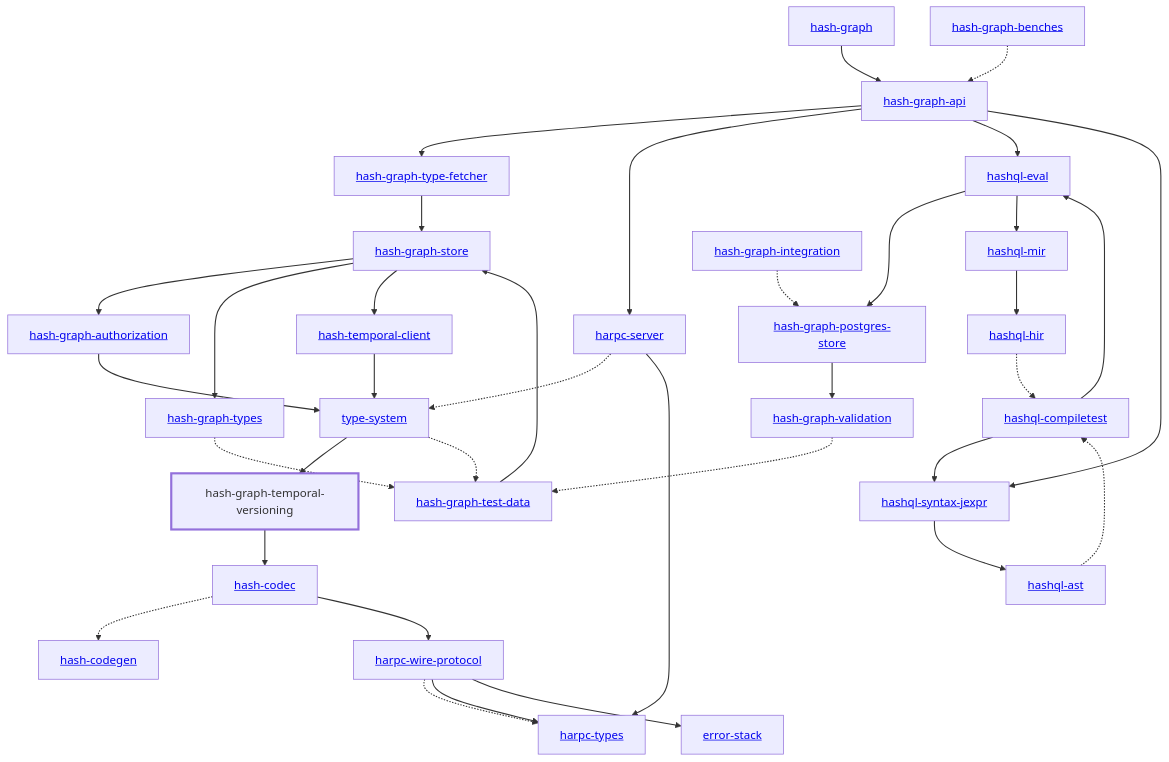
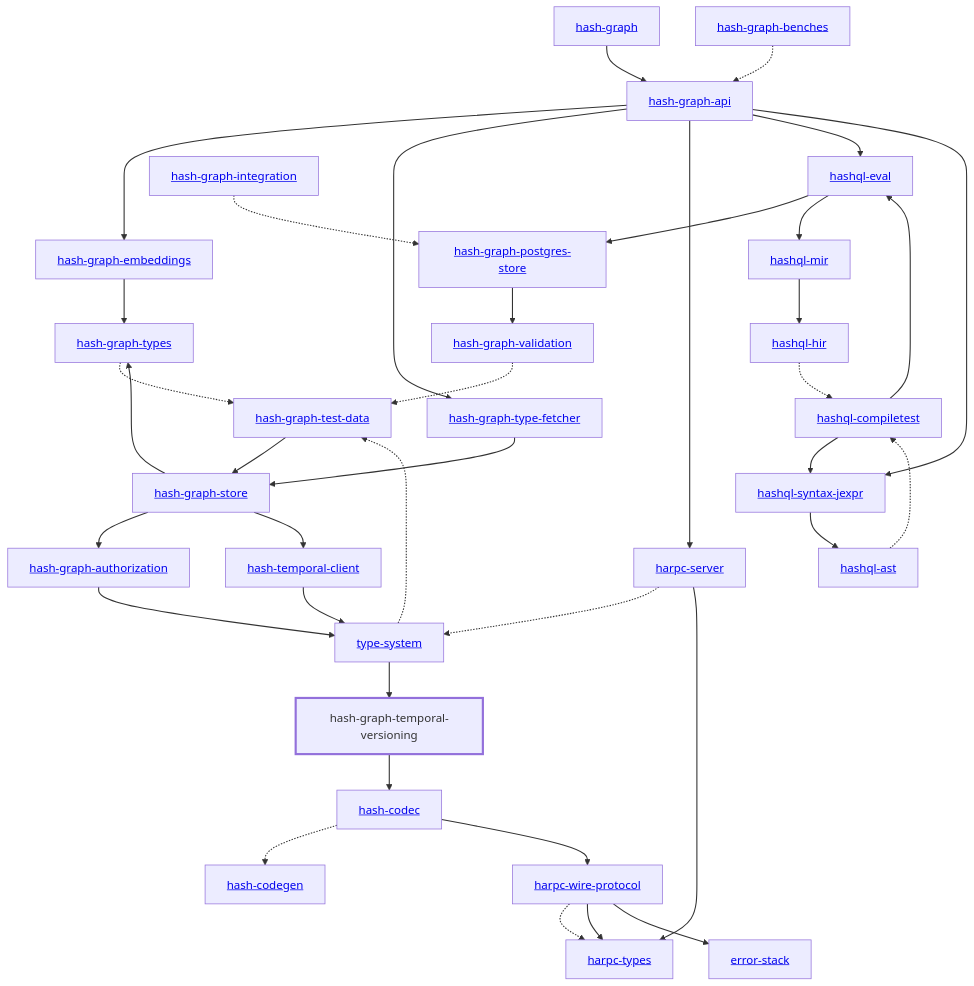
One commit to hashintel/hash changed the diagram in libs/@local/graph/temporal-versioning/docs/dependency-diagram.mmd. Above: the diagram before and after it, drawn with Mermaid. The commit also changed 16 other files, not shown here.

Commit message:
BE-622: Update dependency diagrams

```diff
--- a/libs/@local/graph/temporal-versioning/docs/dependency-diagram.mmd
+++ b/libs/@local/graph/temporal-versioning/docs/dependency-diagram.mmd
@@ -1,72 +1,75 @@
 graph TD
     linkStyle default stroke-width:1.5px
     classDef default stroke-width:1px
     classDef root stroke-width:3px
     classDef dev stroke-width:1px
     classDef build stroke-width:1px
     %% Legend
     %% --> : Normal dependency
     %% -.-> : Dev dependency
     %% ---> : Build dependency
     0[<a href="../hash_graph/index.html">hash-graph</a>]
     1[<a href="../type_system/index.html">type-system</a>]
     2[<a href="../hash_codec/index.html">hash-codec</a>]
     3[<a href="../hash_codegen/index.html">hash-codegen</a>]
     4[<a href="../hash_graph_api/index.html">hash-graph-api</a>]
     5[<a href="../hash_graph_authorization/index.html">hash-graph-authorization</a>]
-    6[<a href="../hash_graph_postgres_store/index.html">hash-graph-postgres-store</a>]
-    7[<a href="../hash_graph_store/index.html">hash-graph-store</a>]
-    8[hash-graph-temporal-versioning]
-    class 8 root
-    9[<a href="../hash_graph_type_fetcher/index.html">hash-graph-type-fetcher</a>]
-    10[<a href="../hash_graph_types/index.html">hash-graph-types</a>]
-    11[<a href="../hash_graph_validation/index.html">hash-graph-validation</a>]
-    12[<a href="../harpc_server/index.html">harpc-server</a>]
-    13[<a href="../harpc_types/index.html">harpc-types</a>]
-    14[<a href="../harpc_wire_protocol/index.html">harpc-wire-protocol</a>]
-    15[<a href="../hashql_ast/index.html">hashql-ast</a>]
-    16[<a href="../hashql_compiletest/index.html">hashql-compiletest</a>]
-    17[<a href="../hashql_eval/index.html">hashql-eval</a>]
-    18[<a href="../hashql_hir/index.html">hashql-hir</a>]
-    19[<a href="../hashql_mir/index.html">hashql-mir</a>]
-    20[<a href="../hashql_syntax_jexpr/index.html">hashql-syntax-jexpr</a>]
-    21[<a href="../hash_temporal_client/index.html">hash-temporal-client</a>]
-    22[<a href="../error_stack/index.html">error-stack</a>]
-    23[<a href="../hash_graph_benches/index.html">hash-graph-benches</a>]
-    24[<a href="../hash_graph_integration/index.html">hash-graph-integration</a>]
-    25[<a href="../hash_graph_test_data/index.html">hash-graph-test-data</a>]
+    6[<a href="../hash_graph_embeddings/index.html">hash-graph-embeddings</a>]
+    7[<a href="../hash_graph_postgres_store/index.html">hash-graph-postgres-store</a>]
+    8[<a href="../hash_graph_store/index.html">hash-graph-store</a>]
+    9[hash-graph-temporal-versioning]
+    class 9 root
+    10[<a href="../hash_graph_type_fetcher/index.html">hash-graph-type-fetcher</a>]
+    11[<a href="../hash_graph_types/index.html">hash-graph-types</a>]
+    12[<a href="../hash_graph_validation/index.html">hash-graph-validation</a>]
+    13[<a href="../harpc_server/index.html">harpc-server</a>]
+    14[<a href="../harpc_types/index.html">harpc-types</a>]
+    15[<a href="../harpc_wire_protocol/index.html">harpc-wire-protocol</a>]
+    16[<a href="../hashql_ast/index.html">hashql-ast</a>]
+    17[<a href="../hashql_compiletest/index.html">hashql-compiletest</a>]
+    18[<a href="../hashql_eval/index.html">hashql-eval</a>]
+    19[<a href="../hashql_hir/index.html">hashql-hir</a>]
+    20[<a href="../hashql_mir/index.html">hashql-mir</a>]
+    21[<a href="../hashql_syntax_jexpr/index.html">hashql-syntax-jexpr</a>]
+    22[<a href="../hash_temporal_client/index.html">hash-temporal-client</a>]
+    23[<a href="../error_stack/index.html">error-stack</a>]
+    24[<a href="../hash_graph_benches/index.html">hash-graph-benches</a>]
+    25[<a href="../hash_graph_integration/index.html">hash-graph-integration</a>]
+    26[<a href="../hash_graph_test_data/index.html">hash-graph-test-data</a>]
     0 --> 4
-    1 --> 8
-    1 -.-> 25
+    1 --> 9
+    1 -.-> 26
     2 -.-> 3
-    2 --> 14
-    4 --> 9
-    4 --> 12
-    4 --> 17
-    4 --> 20
+    2 --> 15
+    4 --> 6
+    4 --> 10
+    4 --> 13
+    4 --> 18
+    4 --> 21
     5 --> 1
     6 --> 11
-    7 --> 5
-    7 --> 10
-    7 --> 21
-    8 --> 2
-    9 --> 7
-    10 -.-> 25
-    11 -.-> 25
-    12 -.-> 1
-    12 --> 13
-    14 -.-> 13
-    14 --> 13
-    14 --> 22
-    15 -.-> 16
-    16 --> 17
-    16 --> 20
-    17 --> 6
-    17 --> 19
-    18 -.-> 16
-    19 --> 18
-    20 --> 15
-    21 --> 1
-    23 -.-> 4
-    24 -.-> 6
-    25 --> 7
+    7 --> 12
+    8 --> 5
+    8 --> 11
+    8 --> 22
+    9 --> 2
+    10 --> 8
+    11 -.-> 26
+    12 -.-> 26
+    13 -.-> 1
+    13 --> 14
+    15 -.-> 14
+    15 --> 14
+    15 --> 23
+    16 -.-> 17
+    17 --> 18
+    17 --> 21
+    18 --> 7
+    18 --> 20
+    19 -.-> 17
+    20 --> 19
+    21 --> 16
+    22 --> 1
+    24 -.-> 4
+    25 -.-> 7
+    26 --> 8
```
